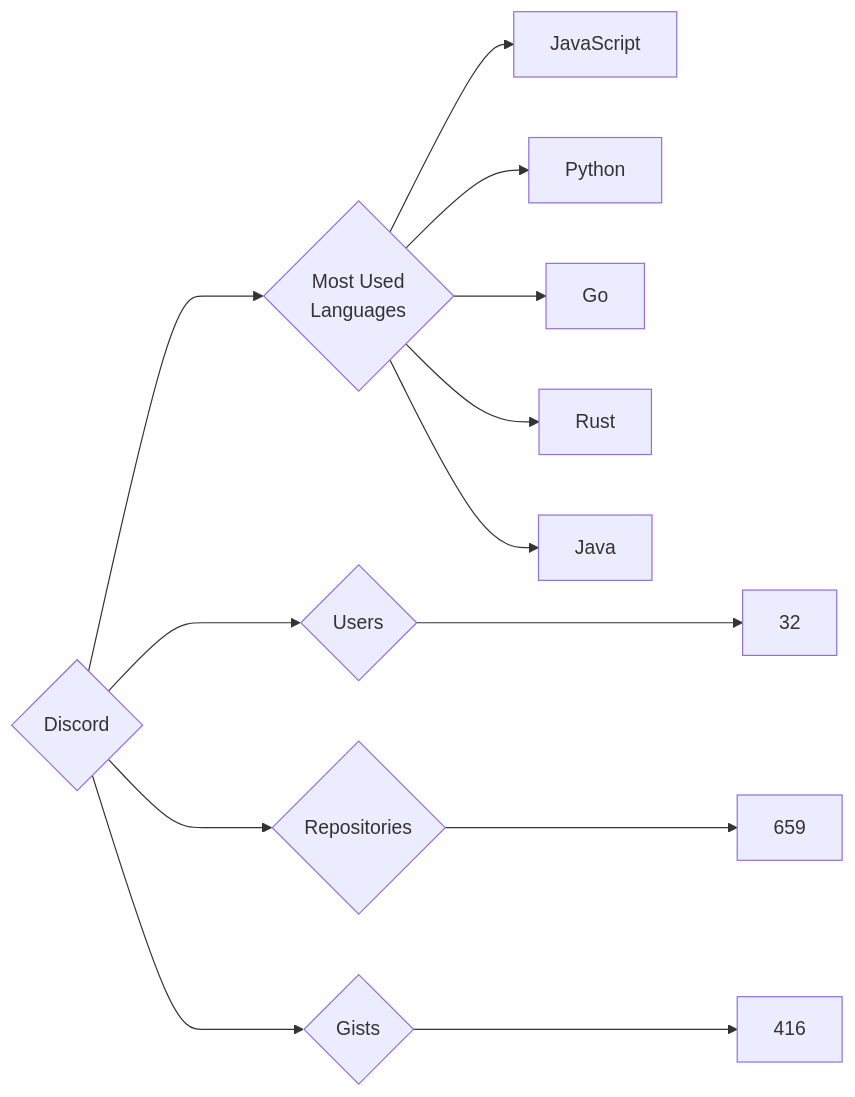
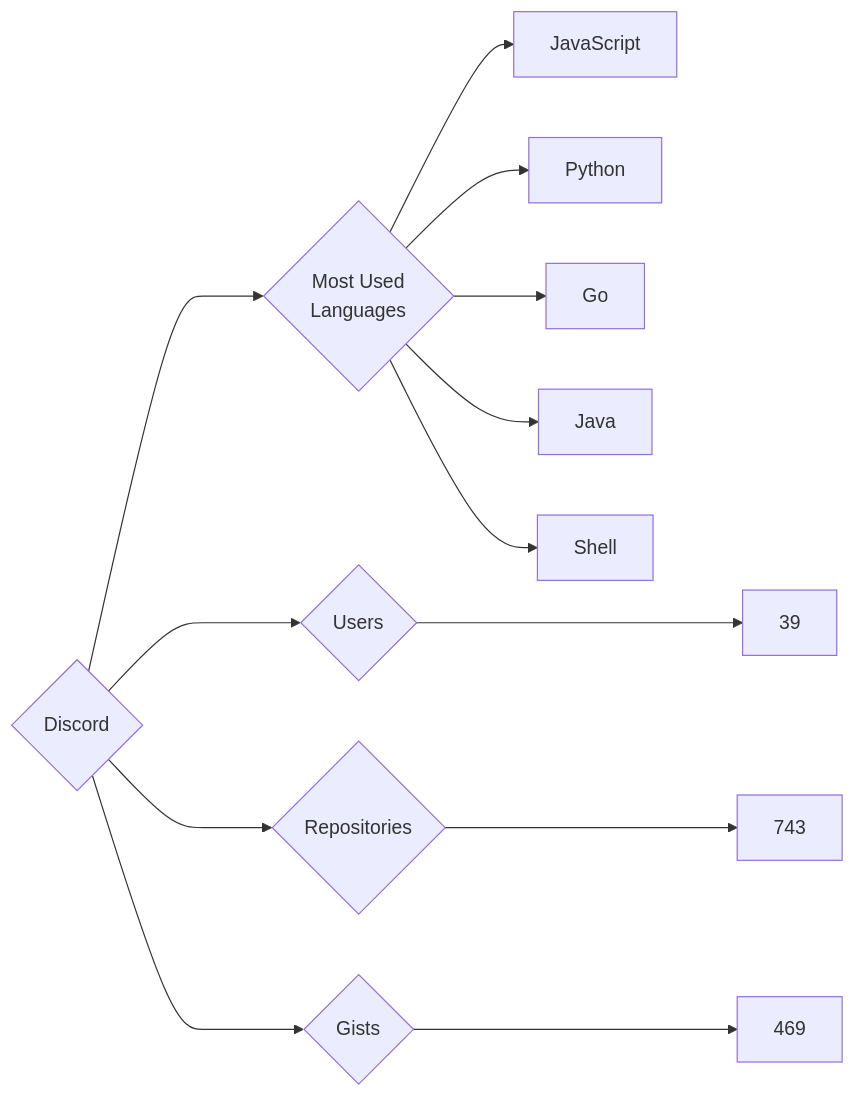
One commit to trickest/insiders changed the diagram in targets/Discord/README.md. Above: the diagram before and after it, drawn with Mermaid. The commit also changed 715 other files, not shown here.

````diff
--- a/targets/Discord/README.md
+++ b/targets/Discord/README.md
@@ -3,13 +3,13 @@
 ```mermaid
 graph LR
 COMPANY_NAME{Discord}
-COMPANY_NAME ---> U{Users} ---> UN[32]
-COMPANY_NAME ---> R{Repositories} ---> RN[659]
-COMPANY_NAME ---> G{Gists} ---> GN[416]
+COMPANY_NAME ---> U{Users} ---> UN[39]
+COMPANY_NAME ---> R{Repositories} ---> RN[743]
+COMPANY_NAME ---> G{Gists} ---> GN[469]
 COMPANY_NAME ---> ML{Most Used<br>Languages}
 ML --> JavaScript[JavaScript]
 ML --> Python[Python]
 ML --> Go[Go]
-ML --> Rust[Rust]
 ML --> Java[Java]
+ML --> Shell[Shell]
 ```
````
